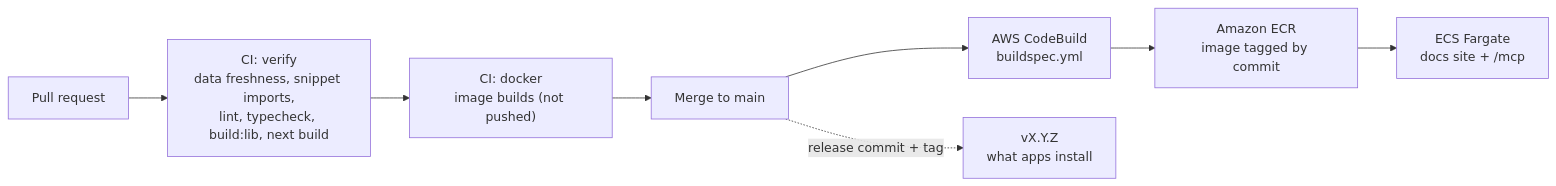
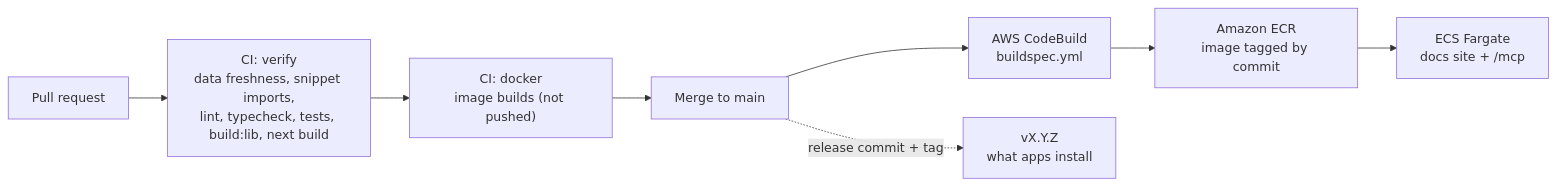
One commit to neofloai/atoms changed diagram 13 of 13 in ARCHITECTURE.md. Above: the diagram before and after it, drawn with Mermaid. The commit also changed other lines of this file and 8 other files, not shown here.

````diff
--- a/ARCHITECTURE.md
+++ b/ARCHITECTURE.md
@@ -535,10 +553,10 @@
 ```mermaid
 flowchart LR
-  pr["Pull request"] --> verify["CI: verify<br/>data freshness, snippet imports,<br/>lint, typecheck, build:lib, next build"]
+  pr["Pull request"] --> verify["CI: verify<br/>data freshness, snippet imports,<br/>lint, typecheck, tests, build:lib, next build"]
   verify --> docker["CI: docker<br/>image builds (not pushed)"]
   docker --> merge["Merge to main"]
   merge --> cb["AWS CodeBuild<br/>buildspec.yml"]
   cb --> ecr["Amazon ECR<br/>image tagged by commit"]
   ecr --> ecs["ECS Fargate<br/>docs site + /mcp"]
   merge -.->|release commit + tag| tag["vX.Y.Z<br/>what apps install"]
 ```
````
